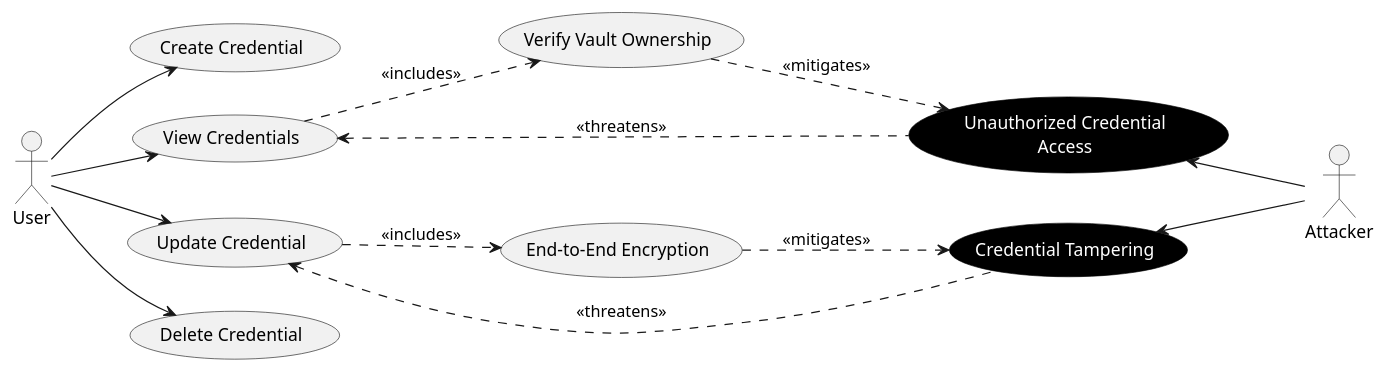
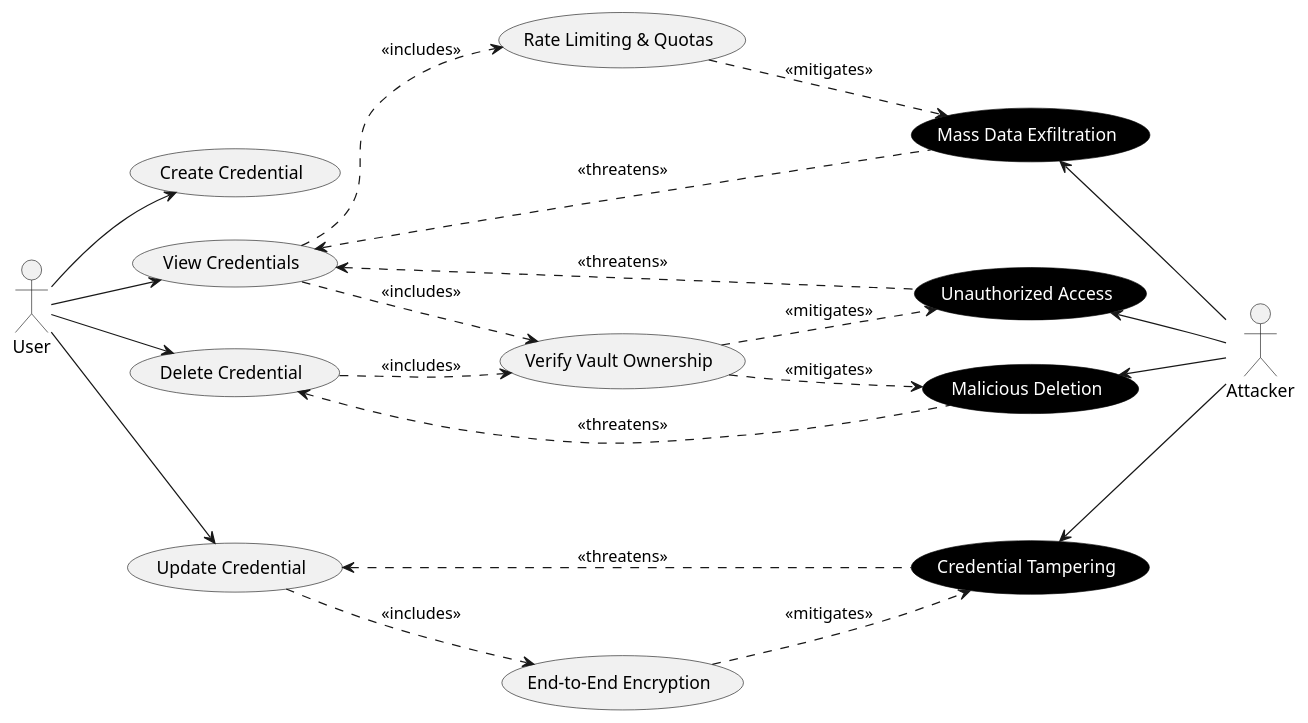
Before and after one commit to mei-desofs/desofs2026_thu_ffs_2: the diagram in Phase1/images/abuse-cases/credential-management/credential_management-abuse-case.puml, drawn with PlantUML. The commit also changed 13 other files, not shown here.

Commit message:
G - #6 - Update abuse case diagrams

```diff
--- a/Phase1/images/abuse-cases/credential-management/credential_management-abuse-case.puml
+++ b/Phase1/images/abuse-cases/credential-management/credential_management-abuse-case.puml
@@ -1,44 +1,53 @@
 @startuml
 left to right direction
-
 hide stereotype
 skinparam defaultTextAlignment center
 
 skinparam usecase {
     BackgroundColor<<Abuse>> Black
     FontColor<<Abuse>> White
     BorderColor<<Abuse>> Black
 }
 
 actor "User" as User
 actor "Attacker" as Attacker
 
 usecase "Create Credential" as UC_Create
 usecase "View Credentials" as UC_View
 usecase "Update Credential" as UC_Update
 usecase "Delete Credential" as UC_Delete
 
 usecase "Verify Vault Ownership" as UC_Verify
 usecase "End-to-End Encryption" as UC_E2EE
+usecase "Rate Limiting & Quotas" as UC_Rate
 
-usecase "Unauthorized Credential\nAccess" as AC_IDOR <<Abuse>>
+usecase "Unauthorized Access" as AC_IDOR <<Abuse>>
 usecase "Credential Tampering" as AC_Tampering <<Abuse>>
+usecase "Mass Data Exfiltration" as AC_Exfiltration <<Abuse>>
+usecase "Malicious Deletion" as AC_MalDelete <<Abuse>>
 
 User --> UC_Create
 User --> UC_View
 User --> UC_Update
 User --> UC_Delete
 
 UC_View ..> UC_Verify : <<includes>>
+UC_View ..> UC_Rate : <<includes>>
 UC_Update ..> UC_E2EE : <<includes>>
+UC_Delete ..> UC_Verify : <<includes>>
 
 UC_Verify ..> AC_IDOR : <<mitigates>>
 UC_E2EE ..> AC_Tampering : <<mitigates>>
+UC_Rate ..> AC_Exfiltration : <<mitigates>>
+UC_Verify ..> AC_MalDelete : <<mitigates>>
 
 UC_View <.. AC_IDOR : <<threatens>>
 UC_Update <.. AC_Tampering : <<threatens>>
+UC_View <.. AC_Exfiltration : <<threatens>>
+UC_Delete <.. AC_MalDelete : <<threatens>>
 
 AC_IDOR <-- Attacker
 AC_Tampering <-- Attacker
-
+AC_Exfiltration <-- Attacker
+AC_MalDelete <-- Attacker
 @enduml
```
